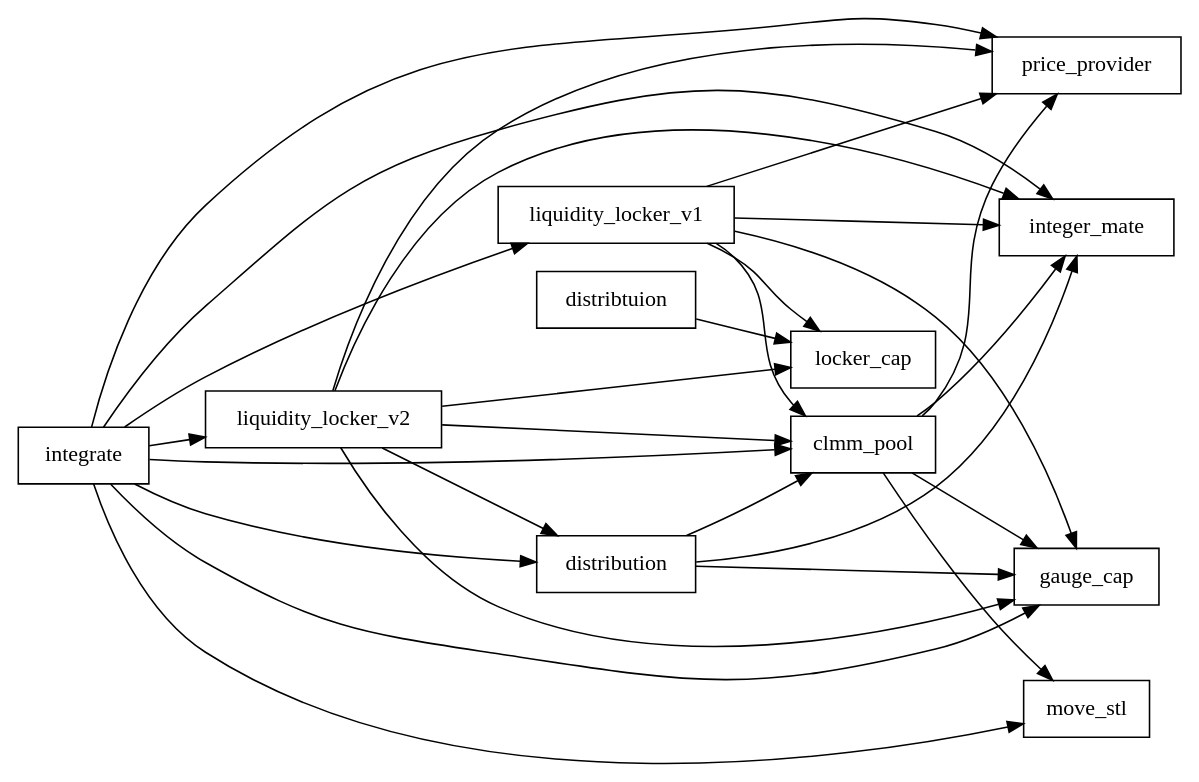
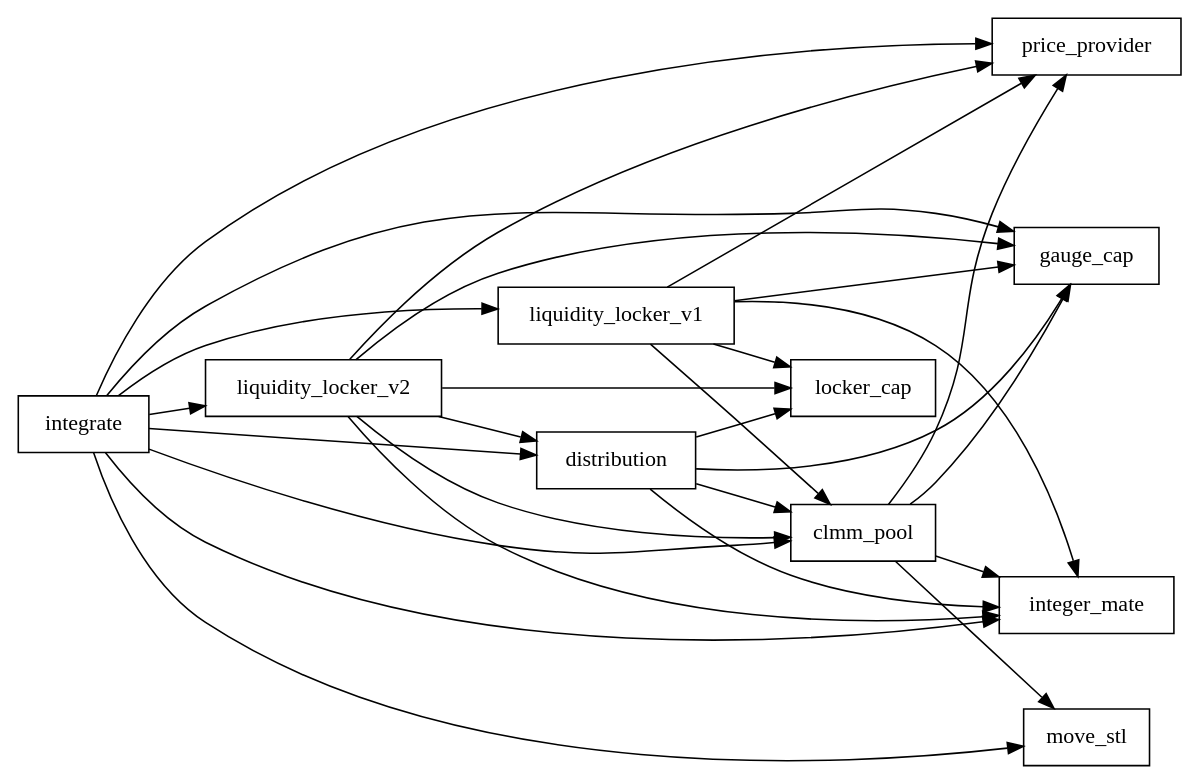
Before and after one commit to LFBuild/FullSail-SC: the diagram in dependency_graph.dot, drawn with Graphviz. The commit also changed 11 other files, not shown here.

```diff
--- a/dependency_graph.dot
+++ b/dependency_graph.dot
@@ -1,45 +1,45 @@
 digraph Dependencies {
     rankdir=LR;
     node [shape=box];
 
     // Nodes with no incoming dependencies
     "integrate";
 
     // Dependency relationships:
     "clmm_pool"    -> "price_provider"
     "integrate"    -> "price_provider"
 
     "integrate"    -> "liquidity_locker_v1"
     "integrate"    -> "liquidity_locker_v2"
 
     "liquidity_locker_v1" -> "clmm_pool"
     "liquidity_locker_v1" -> "integer_mate"
     "liquidity_locker_v1" -> "price_provider"
     "liquidity_locker_v1" -> "gauge_cap"
     "liquidity_locker_v1" -> "locker_cap"
 
 
     "liquidity_locker_v2" -> "clmm_pool"
     "liquidity_locker_v2" -> "integer_mate"
     "liquidity_locker_v2" -> "price_provider"
     "liquidity_locker_v2" -> "gauge_cap"
     "liquidity_locker_v2" -> "distribution"
     "liquidity_locker_v2" -> "locker_cap"
 
 
     "distribution" -> "clmm_pool";
     "integrate"    -> "clmm_pool";
     "integrate"    -> "distribution";
 
     "clmm_pool"    -> "move_stl";
     "integrate"    -> "move_stl";
 
     "clmm_pool"    -> "integer_mate";
     "integrate"    -> "integer_mate";
     "distribution"  -> "integer_mate";
 
     "clmm_pool"    -> "gauge_cap";
     "distribution" -> "gauge_cap";
     "integrate"    -> "gauge_cap";
-    "distribtuion" -> "locker_cap"
+    "distribution" -> "locker_cap"
 }
```
